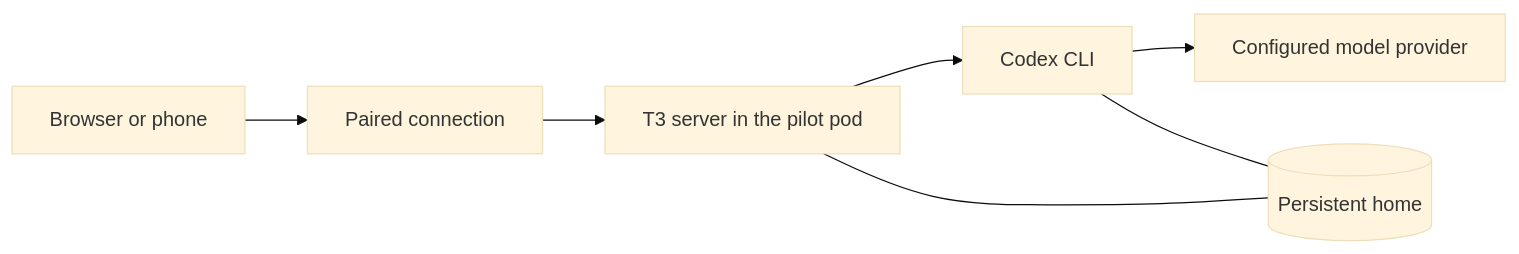
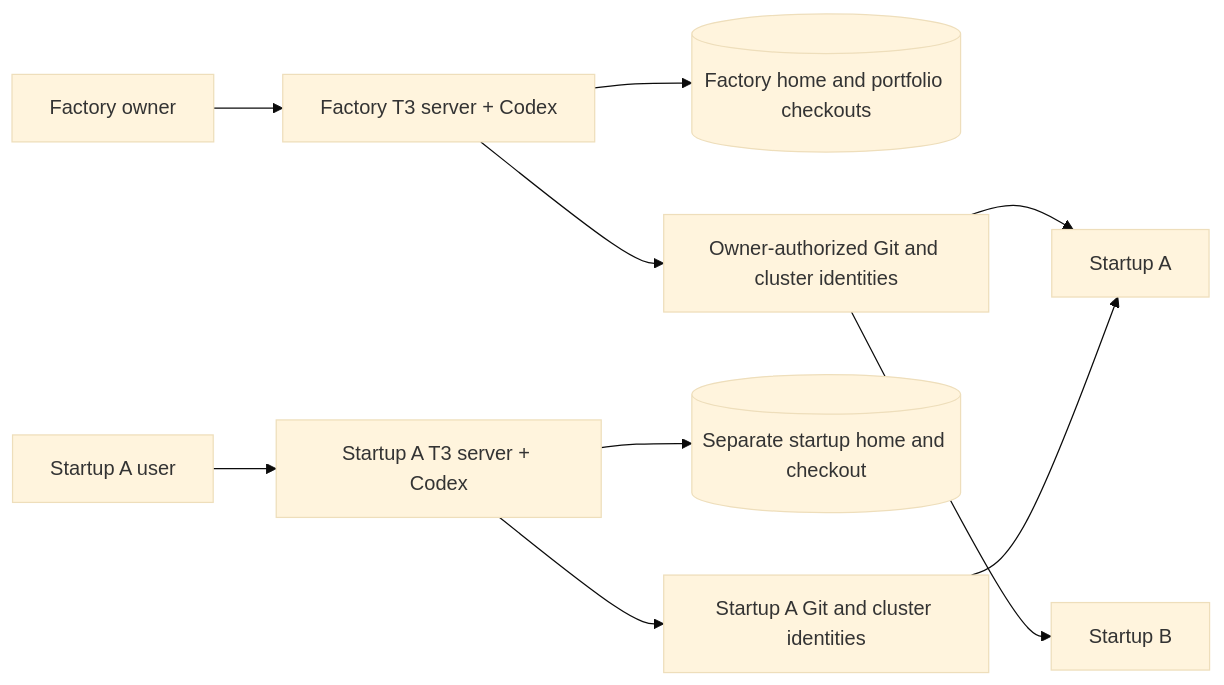
The diagram in template/sandbox/t3-workspace/README.md (Deploy-your-Startup/startup-factory-template), drawn with Mermaid (base theme) before and after one commit. The commit also changed other lines of this file and 31 other files, not shown here.

Commit message:
Separate Factory and startup agent identities and workspaces

````diff
--- a/template/sandbox/t3-workspace/README.md
+++ b/template/sandbox/t3-workspace/README.md
@@ -9,9 +11,12 @@
 ```mermaid
 flowchart LR
-    client["Browser or phone"] --> access["Paired connection"]
-    access --> server["T3 server in the pilot pod"]
-    server --> agent["Codex CLI"]
-    agent --> provider["Configured model provider"]
-    server --- volume[("Persistent home")]
-    agent --- volume
+    owner["Factory owner"] --> factory["Factory T3 server + Codex"]
+    factory --> hub[("Factory home and portfolio checkouts")]
+    factory --> grants["Owner-authorized Git and cluster identities"]
+    grants --> a["Startup A"]
+    grants --> b["Startup B"]
+    user["Startup A user"] --> project["Startup A T3 server + Codex"]
+    project --> home[("Separate startup home and checkout")]
+    project --> identity["Startup A Git and cluster identities"]
+    identity --> a
 ```
````
